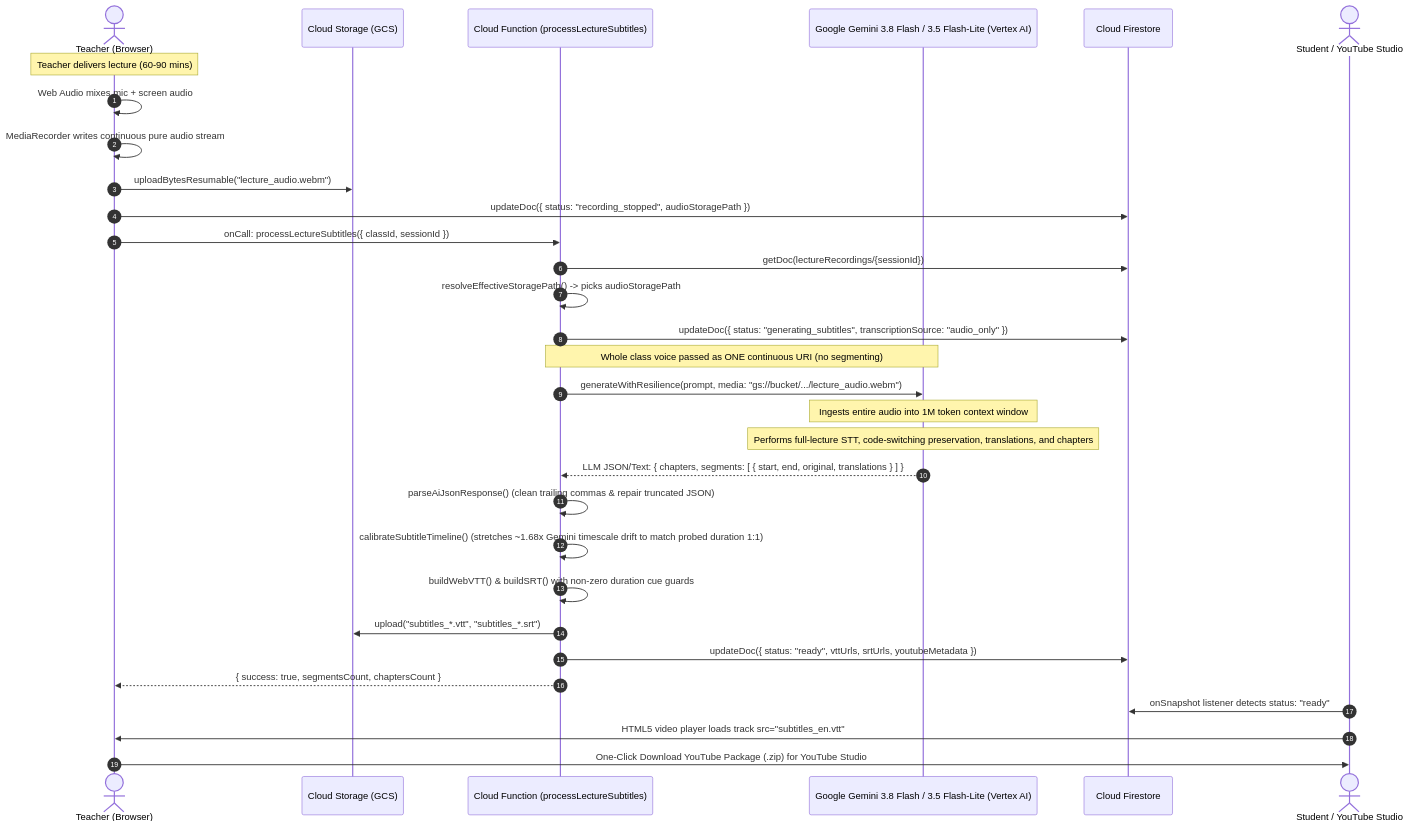
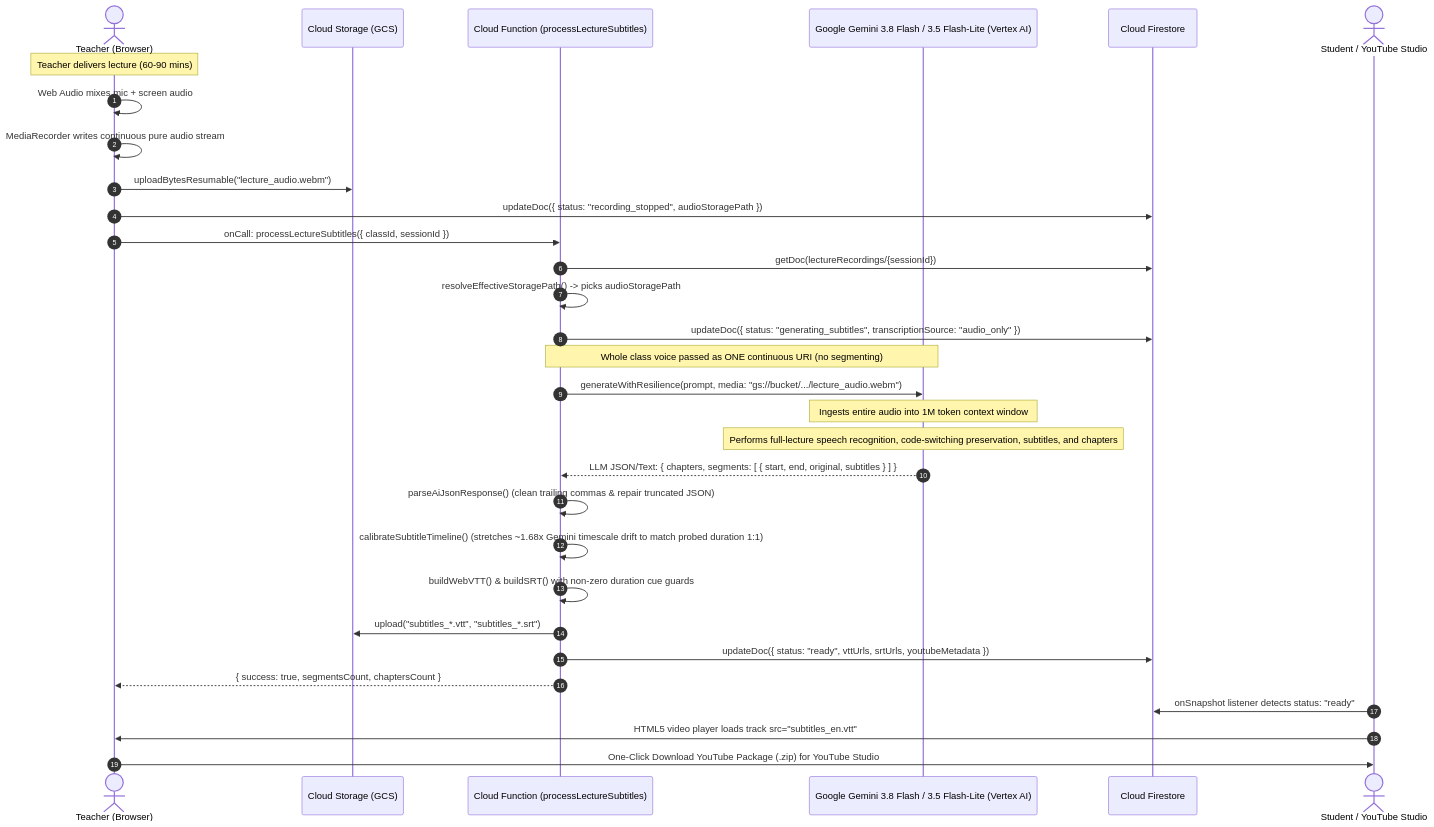
One commit to wongcyrus/Google-AI-Classroom changed the second of 7 diagrams in docs/teacher-lecture-recording-and-youtube-workflow.md. Above: the diagram before and after it, drawn with Mermaid. The commit also changed other lines of this file and 44 other files, not shown here.

````diff
--- a/docs/teacher-lecture-recording-and-youtube-workflow.md
+++ b/docs/teacher-lecture-recording-and-youtube-workflow.md
@@ -190,37 +190,37 @@
 ```mermaid
 sequenceDiagram
     autonumber
     actor Teacher as Teacher (Browser)
     participant Storage as Cloud Storage (GCS)
     participant CF as Cloud Function (processLectureSubtitles)
     participant Gemini as Google Gemini 3.8 Flash / 3.5 Flash-Lite (Vertex AI)
     participant Firestore as Cloud Firestore
     actor Student as Student / YouTube Studio
 
     Note over Teacher: Teacher delivers lecture (60-90 mins)
     Teacher->>Teacher: Web Audio mixes mic + screen audio
     Teacher->>Teacher: MediaRecorder writes continuous pure audio stream
     Teacher->>Storage: uploadBytesResumable("lecture_audio.webm")
     Teacher->>Firestore: updateDoc({ status: "recording_stopped", audioStoragePath })
     
     Teacher->>CF: onCall: processLectureSubtitles({ classId, sessionId })
     CF->>Firestore: getDoc(lectureRecordings/{sessionId})
     CF->>CF: resolveEffectiveStoragePath() -> picks audioStoragePath
     CF->>Firestore: updateDoc({ status: "generating_subtitles", transcriptionSource: "audio_only" })
     
     Note over CF,Gemini: Whole class voice passed as ONE continuous URI (no segmenting)
     CF->>Gemini: generateWithResilience(prompt, media: "gs://bucket/.../lecture_audio.webm")
     Note over Gemini: Ingests entire audio into 1M token context window
-    Note over Gemini: Performs full-lecture STT, code-switching preservation, translations, and chapters
-    Gemini-->>CF: LLM JSON/Text: { chapters, segments: [ { start, end, original, translations } ] }
+    Note over Gemini: Performs full-lecture speech recognition, code-switching preservation, subtitles, and chapters
+    Gemini-->>CF: LLM JSON/Text: { chapters, segments: [ { start, end, original, subtitles } ] }
     CF->>CF: parseAiJsonResponse() (clean trailing commas & repair truncated JSON)
     CF->>CF: calibrateSubtitleTimeline() (stretches ~1.68x Gemini timescale drift to match probed duration 1:1)
     CF->>CF: buildWebVTT() & buildSRT() with non-zero duration cue guards
     CF->>Storage: upload("subtitles_*.vtt", "subtitles_*.srt")
     CF->>Firestore: updateDoc({ status: "ready", vttUrls, srtUrls, youtubeMetadata })
     CF-->>Teacher: { success: true, segmentsCount, chaptersCount }
 
     Student->>Firestore: onSnapshot listener detects status: "ready"
     Student->>Teacher: HTML5 video player loads track src="subtitles_en.vtt"
     Teacher->>Student: One-Click Download YouTube Package (.zip) for YouTube Studio
 ```
````
